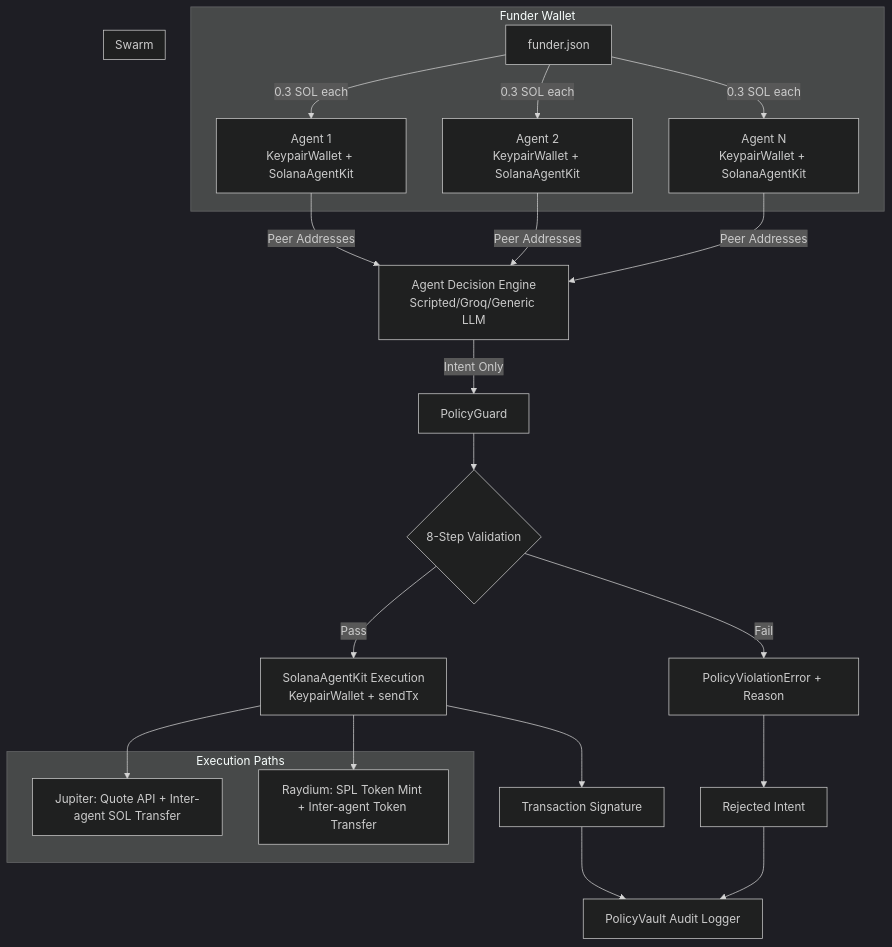
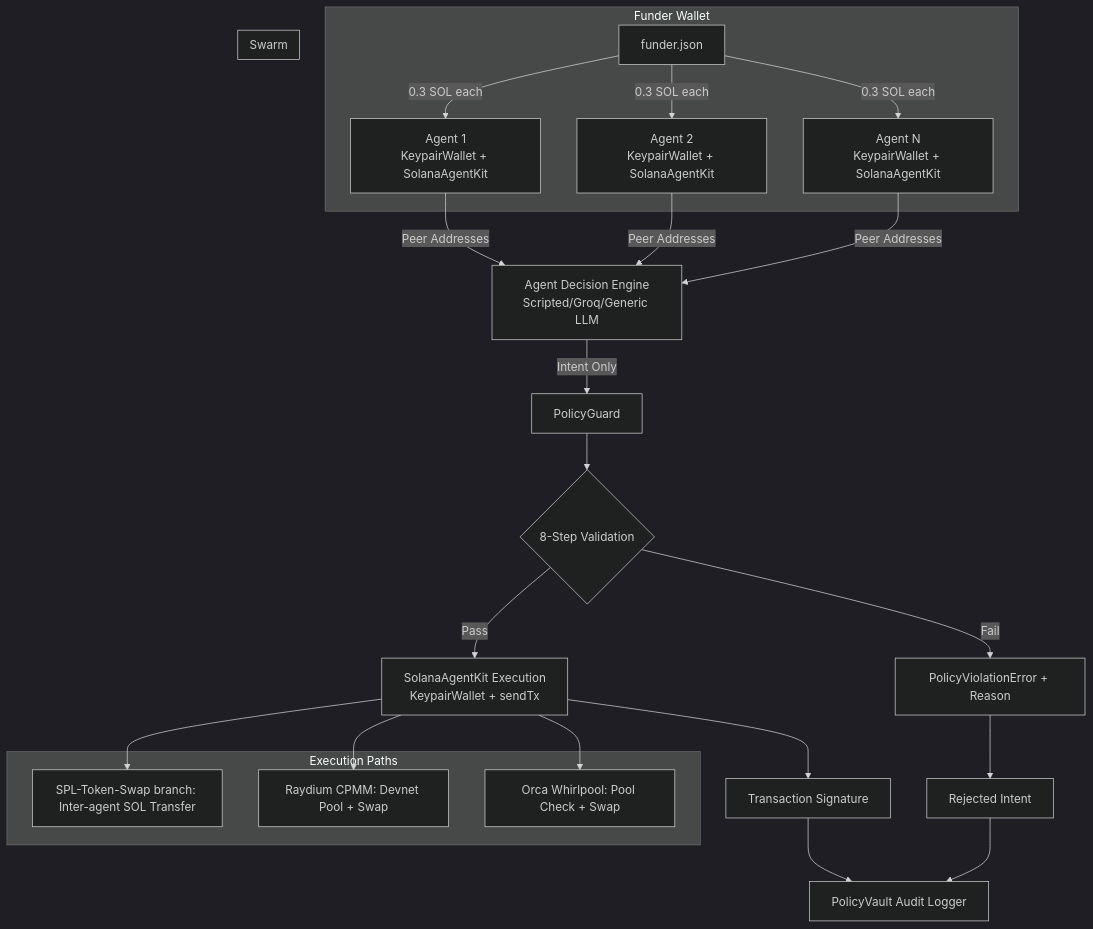
The diagram in DEEP_DIVE.md (spivak321c/PolicyGuard-s.w.a.rm), drawn with Mermaid (dark theme) before and after one commit. The commit also changed other lines of this file and 4 other files, not shown here.

````diff
--- a/DEEP_DIVE.md
+++ b/DEEP_DIVE.md
@@ -11,30 +11,32 @@
 ```mermaid
 flowchart TD
   A[Agent Decision Engine\nScripted/Groq/Generic LLM] -->|Intent Only| B[PolicyGuard]
   B --> C{8-Step Validation}
   C -->|Pass| D[SolanaAgentKit Execution\nKeypairWallet + sendTx]
   C -->|Fail| E[PolicyViolationError + Reason]
   D --> F[Transaction Signature]
   E --> G[Rejected Intent]
   F --> H[PolicyVault Audit Logger]
   G --> H
   subgraph Funder Wallet
     FW[funder.json] -->|0.3 SOL each| S1
     FW -->|0.3 SOL each| S2
     FW -->|0.3 SOL each| S3
   end
   subgraph Swarm
     S1[Agent 1\nKeypairWallet + SolanaAgentKit]
     S2[Agent 2\nKeypairWallet + SolanaAgentKit]
     S3[Agent N\nKeypairWallet + SolanaAgentKit]
   end
   S1 -->|Peer Addresses| A
   S2 -->|Peer Addresses| A
   S3 -->|Peer Addresses| A
   subgraph "Execution Paths"
-    J[Jupiter: Quote API + Inter-agent SOL Transfer]
-    R[Raydium: SPL Token Mint + Inter-agent Token Transfer]
+    S[SPL-Token-Swap branch: Inter-agent SOL Transfer]
+    R[Raydium CPMM: Devnet Pool + Swap]
+    O[Orca Whirlpool: Pool Check + Swap]
   end
-  D --> J
+  D --> S
   D --> R
+  D --> O
 ```
````
